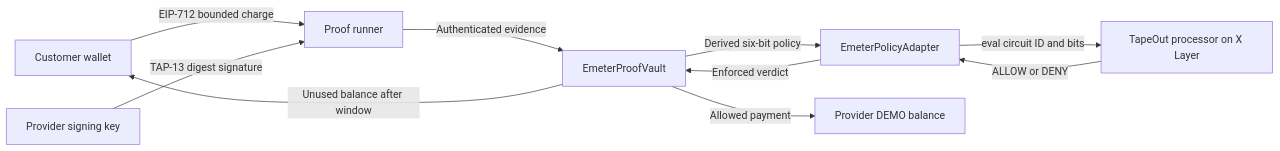
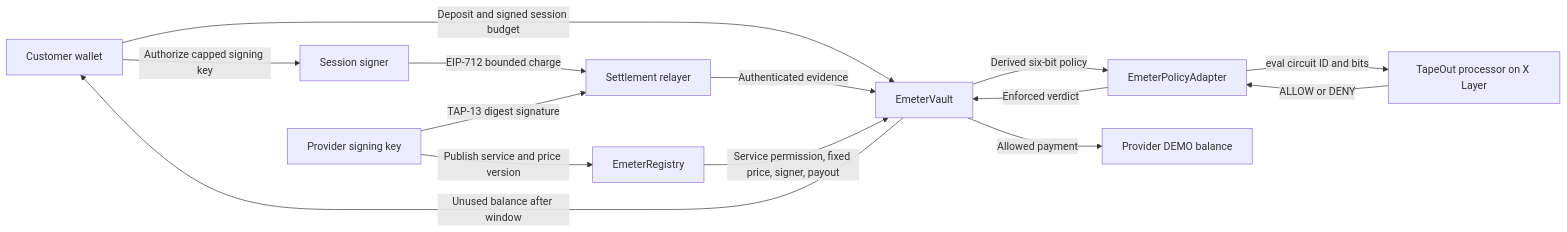
Before and after one commit to greyw0rks/emeter: the diagram in docs/architecture.md, drawn with Mermaid. The commit also changed other lines of this file and 38 other files, not shown here.

Commit message:
Add capped service billing and verify X Layer settlement

````diff
--- a/docs/architecture.md
+++ b/docs/architecture.md
@@ -5,12 +5,16 @@
 ```mermaid
 flowchart LR
-    Customer[Customer wallet] -->|EIP-712 bounded charge| Relayer[Proof runner]
+    Customer[Customer wallet] -->|Deposit and signed session budget| Vault[EmeterVault]
+    Customer -->|Authorize capped signing key| Delegate[Session signer]
+    Delegate -->|EIP-712 bounded charge| Relayer[Settlement relayer]
     Provider[Provider signing key] -->|TAP-13 digest signature| Relayer
-    Relayer -->|Authenticated evidence| Vault[EmeterProofVault]
+    Provider -->|Publish service and price version| Registry[EmeterRegistry]
+    Relayer -->|Authenticated evidence| Vault
+    Registry -->|Service permission, fixed price, signer, payout| Vault
     Vault -->|Derived six-bit policy| Adapter[EmeterPolicyAdapter]
     Adapter -->|eval circuit ID and bits| Processor[TapeOut processor on X Layer]
     Processor -->|ALLOW or DENY| Adapter
     Adapter -->|Enforced verdict| Vault
     Vault -->|Allowed payment| Payout[Provider DEMO balance]
     Vault -->|Unused balance after window| Customer
 ```
````
